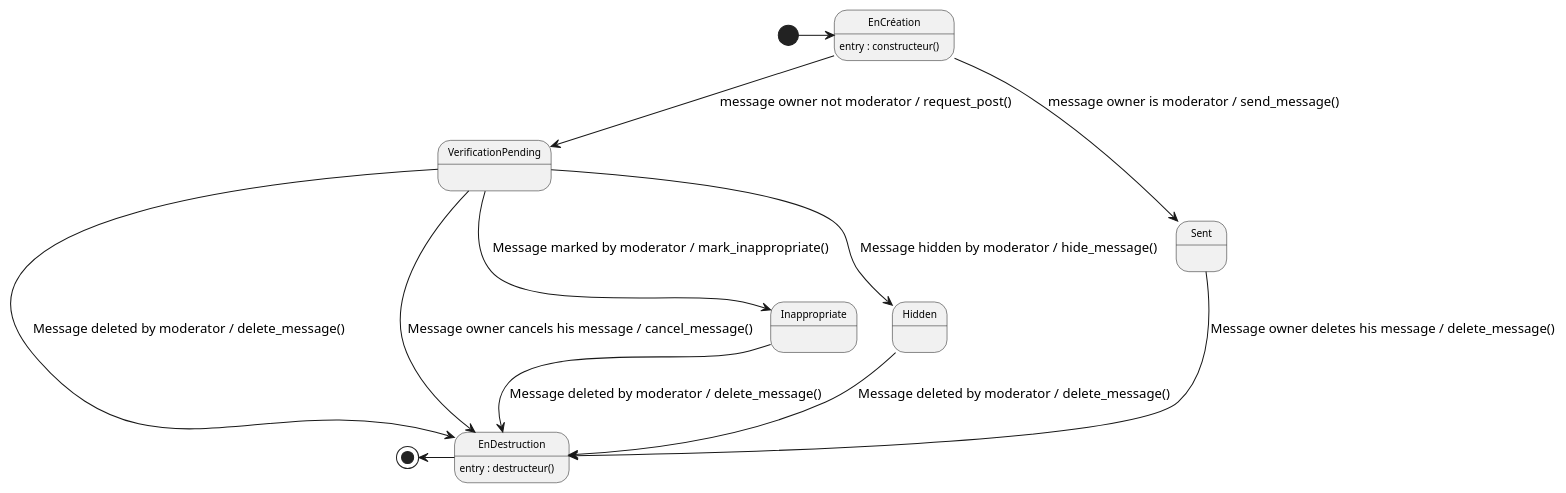
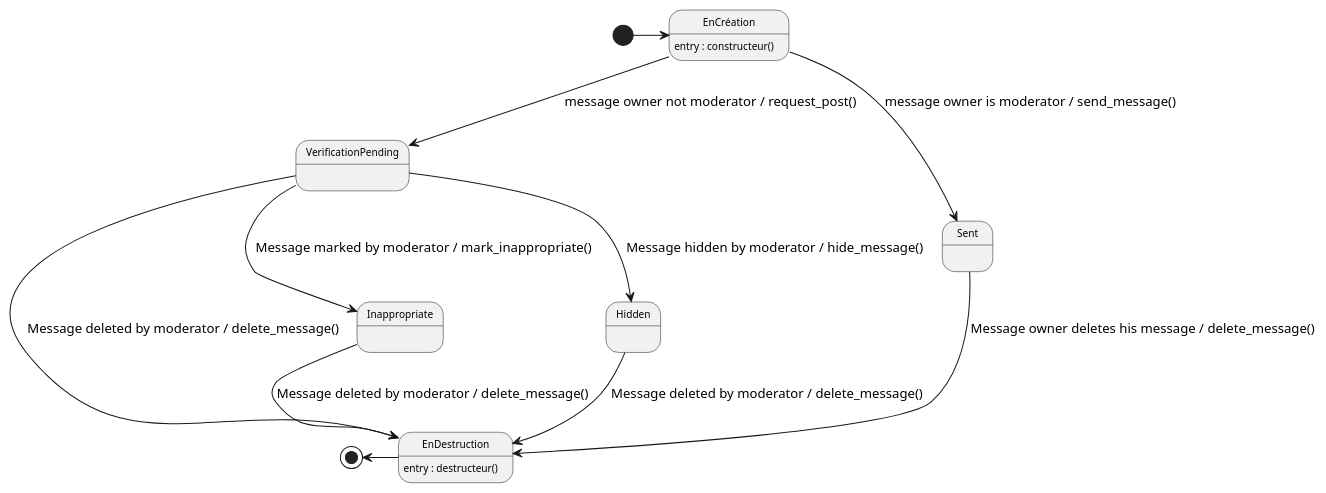
The diagram in Diagrammes/minisocs_uml_diag_machine_a_etats_message.pu (lukalafaye/MiniSocs), drawn with PlantUML before and after one commit. The commit also changed 25 other files, not shown here.

```diff
--- a/Diagrammes/minisocs_uml_diag_machine_a_etats_message.pu
+++ b/Diagrammes/minisocs_uml_diag_machine_a_etats_message.pu
@@ -1,27 +1,26 @@
 @startuml
 
 ' Configuration charte graphique
 ' États et transitions
 skinparam state {
     FontSize 10
     RoundCorner 10
 }
 
 state EnCréation : entry : constructeur()
 state EnDestruction : entry : destructeur()
 
 [*] -right-> EnCréation
 EnCréation --> VerificationPending: message owner not moderator / request_post()
 EnCréation --> Sent: message owner is moderator / send_message()
 VerificationPending --> EnDestruction: Message deleted by moderator / delete_message()
 VerificationPending --> Inappropriate: Message marked by moderator / mark_inappropriate()
 VerificationPending --> Hidden: Message hidden by moderator / hide_message()
-VerificationPending --> EnDestruction: Message owner cancels his message / cancel_message()
 Hidden              --> EnDestruction: Message deleted by moderator / delete_message()
 Inappropriate       --> EnDestruction: Message deleted by moderator / delete_message()
 Sent --> EnDestruction: Message owner deletes his message / delete_message()
 
 
 EnDestruction-left-> [*]
 
 @enduml
```
